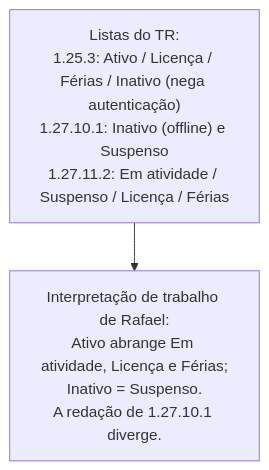
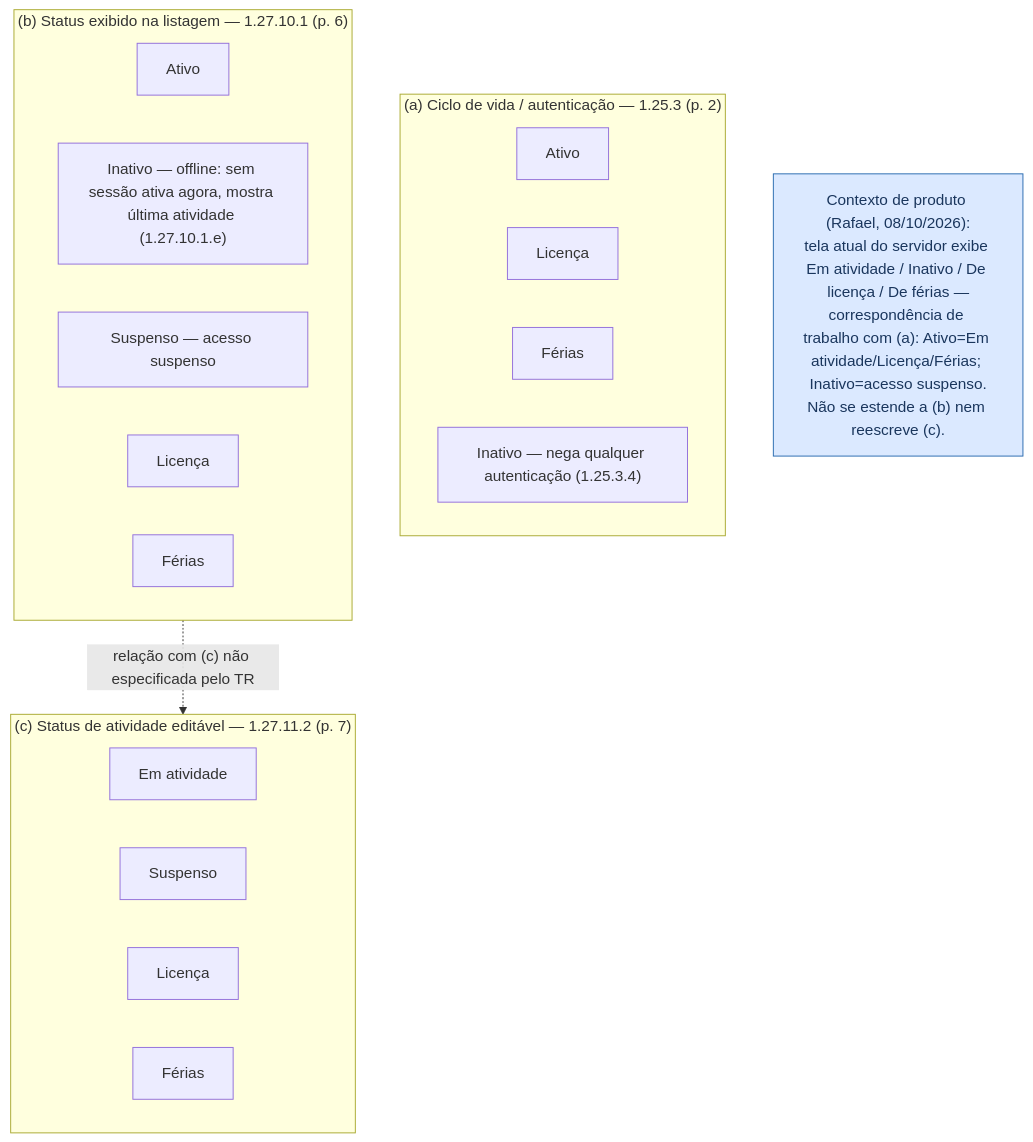
The second of 12 diagrams in QA Workspace/02 Demandas/DEV/SGV-11262 - [QA-Automação] Termo de Referência SOGOV/SGV-12082 - Mapeamento de atores e modelo do preset do TR/01 Modelo do preset/00 - Mapa geral.md (RafaCartaxo/brainwork), drawn with Mermaid before and after one commit. The commit also changed other lines of this file and 4 other files, not shown here.

````diff
--- a/QA Workspace/02 Demandas/DEV/SGV-11262 - [QA-Automação] Termo de Referência SOGOV/SGV-12082 - Mapeamento de atores e modelo do preset do TR/01 Modelo do preset/00 - Mapa geral.md
+++ b/QA Workspace/02 Demandas/DEV/SGV-11262 - [QA-Automação] Termo de Referência SOGOV/SGV-12082 - Mapeamento de atores e modelo do preset do TR/01 Modelo do preset/00 - Mapa geral.md
@@ -36,4 +38,30 @@
 ```mermaid
 flowchart TB
-    StatusTR["Listas do TR:<br/>1.25.3: Ativo / Licença / Férias / Inativo (nega autenticação)<br/>1.27.10.1: Inativo (offline) e Suspenso<br/>1.27.11.2: Em atividade / Suspenso / Licença / Férias"] --> Interpretacao["Interpretação de trabalho de Rafael:<br/>Ativo abrange Em atividade, Licença e Férias;<br/>Inativo = Suspenso.<br/>A redação de 1.27.10.1 diverge."]
+    classDef rafael fill:#dbe9ff,stroke:#2b6cb0,color:#1a365d,stroke-width:1px;
+
+    subgraph A["(a) Ciclo de vida / autenticação — 1.25.3 (p. 2)"]
+        A1["Ativo"]
+        A2["Licença"]
+        A3["Férias"]
+        A4["Inativo — nega qualquer autenticação (1.25.3.4)"]
+    end
+
+    subgraph B["(b) Status exibido na listagem — 1.27.10.1 (p. 6)"]
+        B1["Ativo"]
+        B2["Inativo — offline: sem sessão ativa agora, mostra última atividade (1.27.10.1.e)"]
+        B3["Suspenso — acesso suspenso"]
+        B4["Licença"]
+        B5["Férias"]
+    end
+
+    subgraph C["(c) Status de atividade editável — 1.27.11.2 (p. 7)"]
+        C1["Em atividade"]
+        C2["Suspenso"]
+        C3["Licença"]
+        C4["Férias"]
+    end
+
+    B -.->|"relação com (c) não especificada pelo TR"| C
+
+    Produto["Contexto de produto (Rafael, 08/10/2026):<br/>tela atual do servidor exibe Em atividade / Inativo / De licença / De férias —<br/>correspondência de trabalho com (a): Ativo=Em atividade/Licença/Férias; Inativo=acesso suspenso.<br/>Não se estende a (b) nem reescreve (c)."]:::rafael
 ```
````
